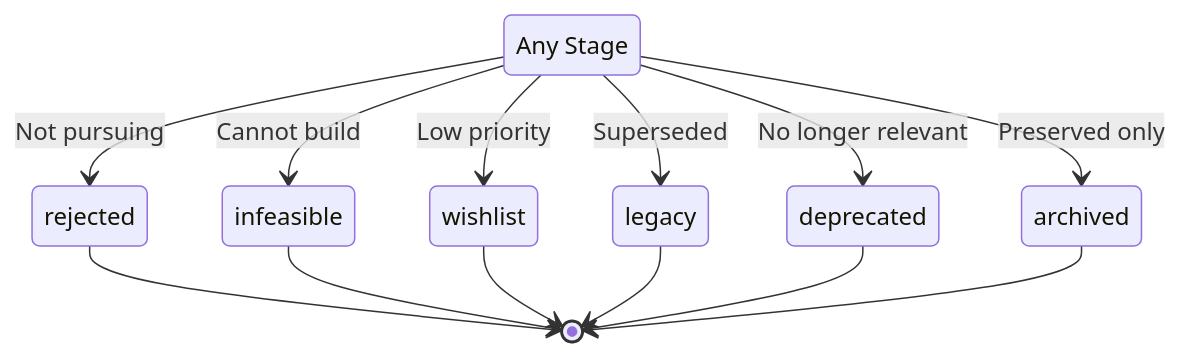
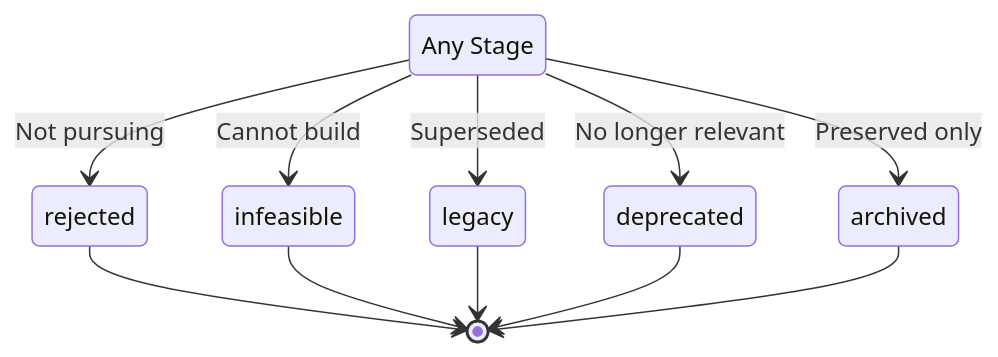
Before and after one commit to Mharbulous/SyncoPaid: the third of 11 diagrams in .claude/skills/story-tree/references/workflow-diagrams.md, drawn with Mermaid. The commit also changed other lines of this file and 11 other files, not shown here.

````diff
--- a/.claude/skills/story-tree/references/workflow-diagrams.md
+++ b/.claude/skills/story-tree/references/workflow-diagrams.md
@@ -124,18 +127,16 @@
 ```mermaid
 stateDiagram-v2
     state "Any Stage" as any
 
     any --> rejected: Not pursuing
     any --> infeasible: Cannot build
-    any --> wishlist: Low priority
     any --> legacy: Superseded
     any --> deprecated: No longer relevant
     any --> archived: Preserved only
 
     rejected --> [*]
     infeasible --> [*]
-    wishlist --> [*]
     legacy --> [*]
     deprecated --> [*]
     archived --> [*]
 ```
````
